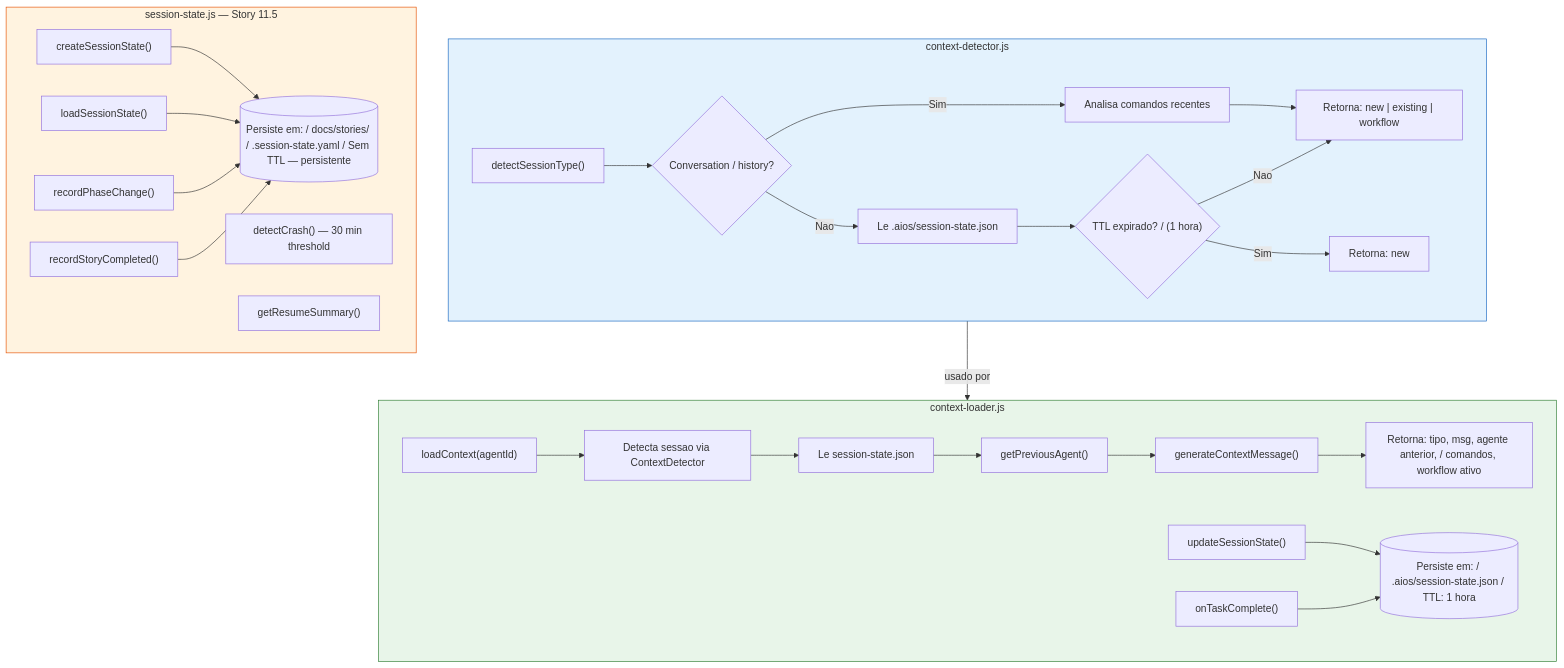
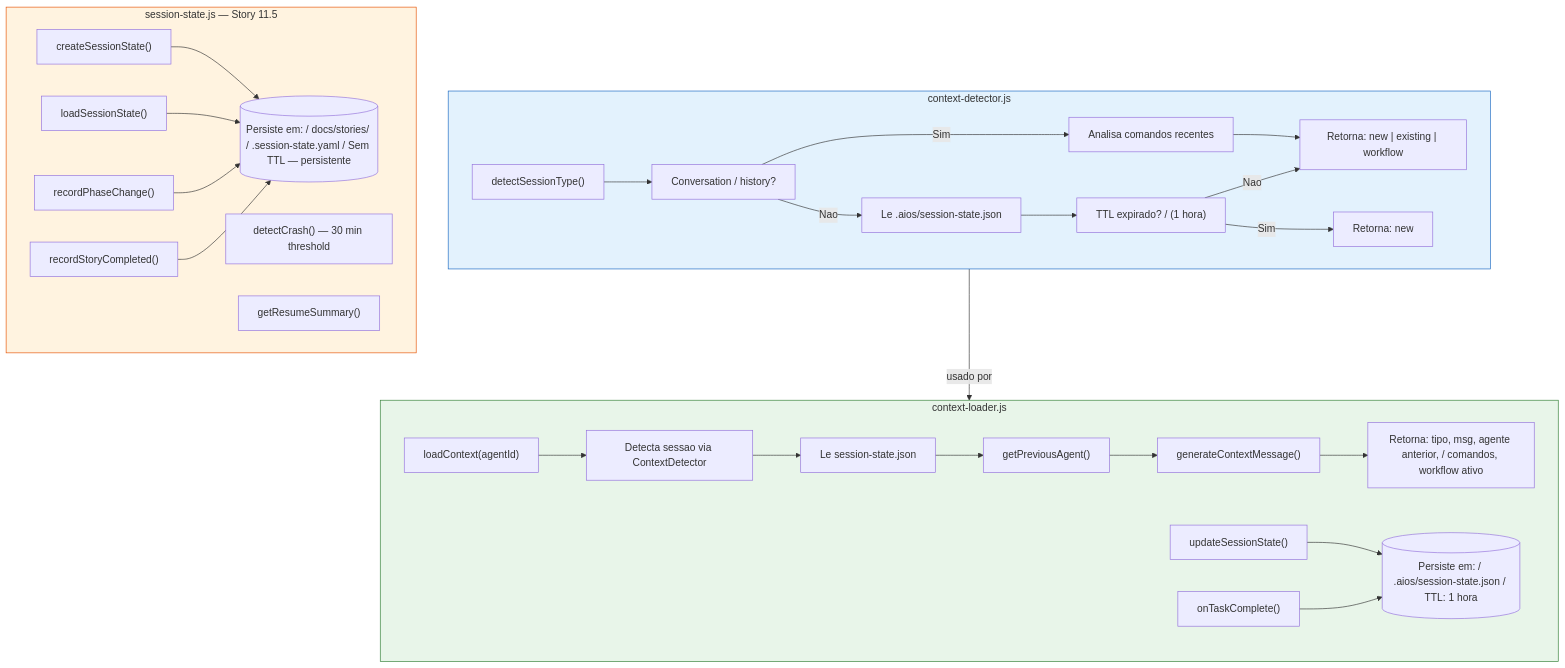
One commit to bychrisr/aios-docs changed the seventh of 18 diagrams in content/en/docs/guides/MEMORY-SYSTEM.mdx. Above: the diagram before and after it, drawn with Mermaid. The commit also changed other lines of this file and 40 other files, not shown here.

````diff
--- a/content/en/docs/guides/MEMORY-SYSTEM.mdx
+++ b/content/en/docs/guides/MEMORY-SYSTEM.mdx
@@ -299,60 +299,60 @@
 ```mermaid
 flowchart TD
     subgraph CTX_DETECT["context-detector.js"]
         CD1["detectSessionType()"]
-        CD2{"Conversation / history?"}
+        CD2["Conversation / history?"]
         CD3["Analisa comandos recentes"]
         CD4["Le .aios/session-state.json"]
         CD5["Retorna: new | existing | workflow"]
-        CD6{"TTL expirado? / (1 hora)"}
+        CD6["TTL expirado? / (1 hora)"]
 
         CD1 --> CD2
         CD2 -->|"Sim"| CD3
         CD2 -->|"Nao"| CD4
         CD3 --> CD5
         CD4 --> CD6
         CD6 -->|"Sim"| CD7["Retorna: new"]
         CD6 -->|"Nao"| CD5
     end
 
     subgraph CTX_LOADER["context-loader.js"]
         CL1["loadContext(agentId)"]
         CL2["Detecta sessao via ContextDetector"]
         CL3["Le session-state.json"]
         CL4["getPreviousAgent()"]
         CL5["generateContextMessage()"]
         CL6["Retorna: tipo, msg, agente anterior, / comandos, workflow ativo"]
         CL7["updateSessionState()"]
         CL8["onTaskComplete()"]
         CL9[("Persiste em: / .aios/session-state.json / TTL: 1 hora")]
 
         CL1 --> CL2
         CL2 --> CL3
         CL3 --> CL4
         CL4 --> CL5
         CL5 --> CL6
         CL7 --> CL9
         CL8 --> CL9
     end
 
     subgraph SESS_STATE["session-state.js — Story 11.5"]
         SS1["createSessionState()"]
         SS2["loadSessionState()"]
         SS3["recordPhaseChange()"]
         SS4["recordStoryCompleted()"]
         SS5["detectCrash() — 30 min threshold"]
         SS6["getResumeSummary()"]
         SS7[("Persiste em: / docs/stories/ / .session-state.yaml / Sem TTL — persistente")]
 
         SS1 --> SS7
         SS2 --> SS7
         SS3 --> SS7
         SS4 --> SS7
     end
 
     CTX_DETECT -->|"usado por"| CTX_LOADER
 
     style CTX_DETECT fill:#E3F2FD,stroke:#1565C0
     style CTX_LOADER fill:#E8F5E9,stroke:#2E7D32
     style SESS_STATE fill:#FFF3E0,stroke:#E65100
 ```
````
